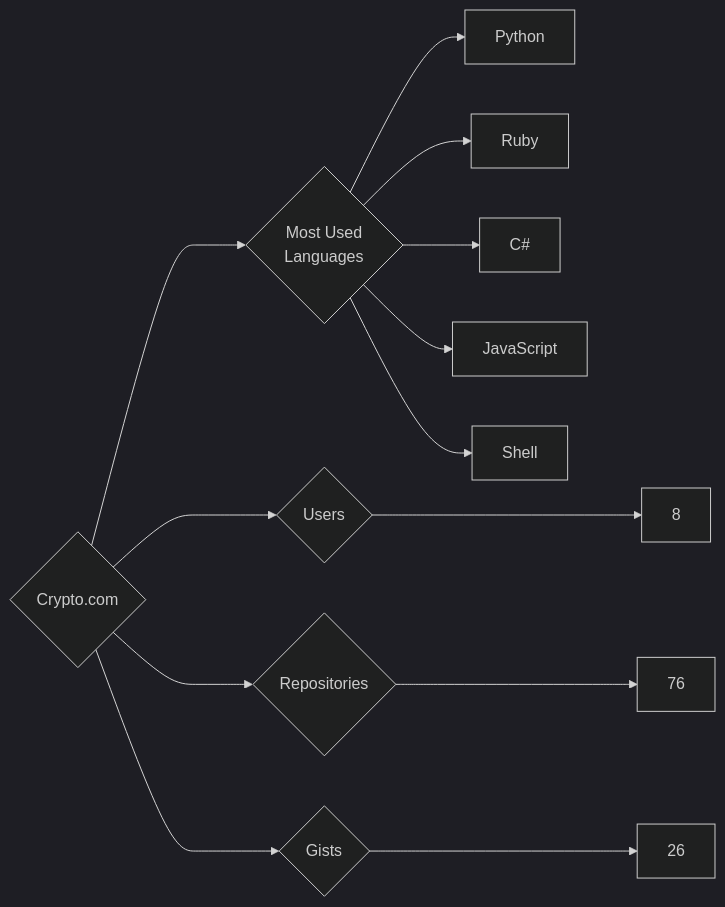
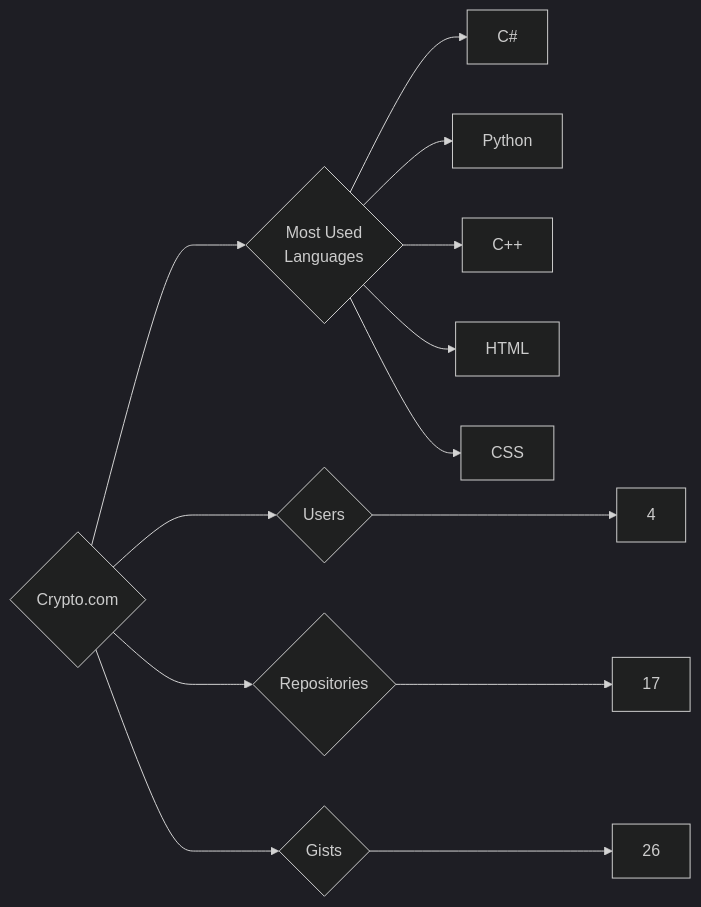
One commit to trickest/insiders changed the diagram in targets/Crypto.com/README.md. Above: the diagram before and after it, drawn with Mermaid (dark theme). The commit also changed 916 other files, not shown here.

````diff
--- a/targets/Crypto.com/README.md
+++ b/targets/Crypto.com/README.md
@@ -3,13 +3,13 @@
 ```mermaid
 graph LR
 COMPANY_NAME{Crypto.com}
-COMPANY_NAME ---> U{Users} ---> UN[8]
-COMPANY_NAME ---> R{Repositories} ---> RN[76]
+COMPANY_NAME ---> U{Users} ---> UN[4]
+COMPANY_NAME ---> R{Repositories} ---> RN[17]
 COMPANY_NAME ---> G{Gists} ---> GN[26]
 COMPANY_NAME ---> ML{Most Used<br>Languages}
+ML --> C#[C#]
 ML --> Python[Python]
-ML --> Ruby[Ruby]
-ML --> C#[C#]
-ML --> JavaScript[JavaScript]
-ML --> Shell[Shell]
+ML --> C++[C++]
+ML --> HTML[HTML]
+ML --> CSS[CSS]
 ```
````
